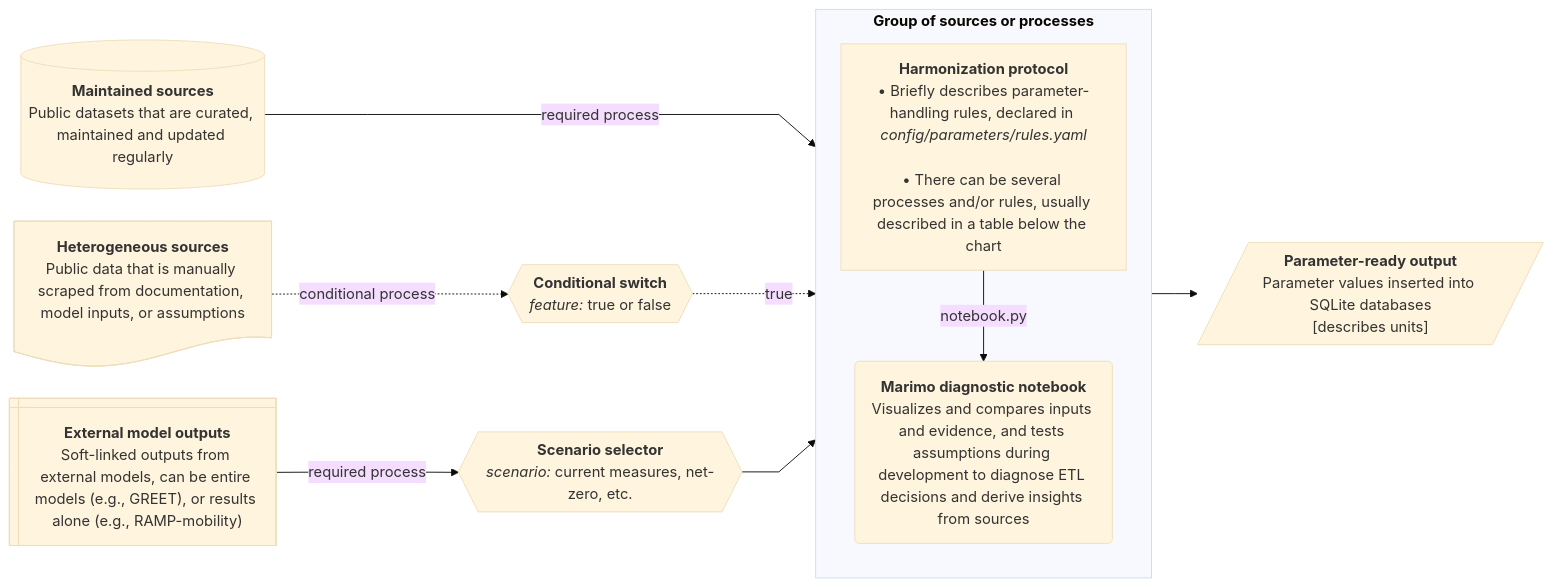
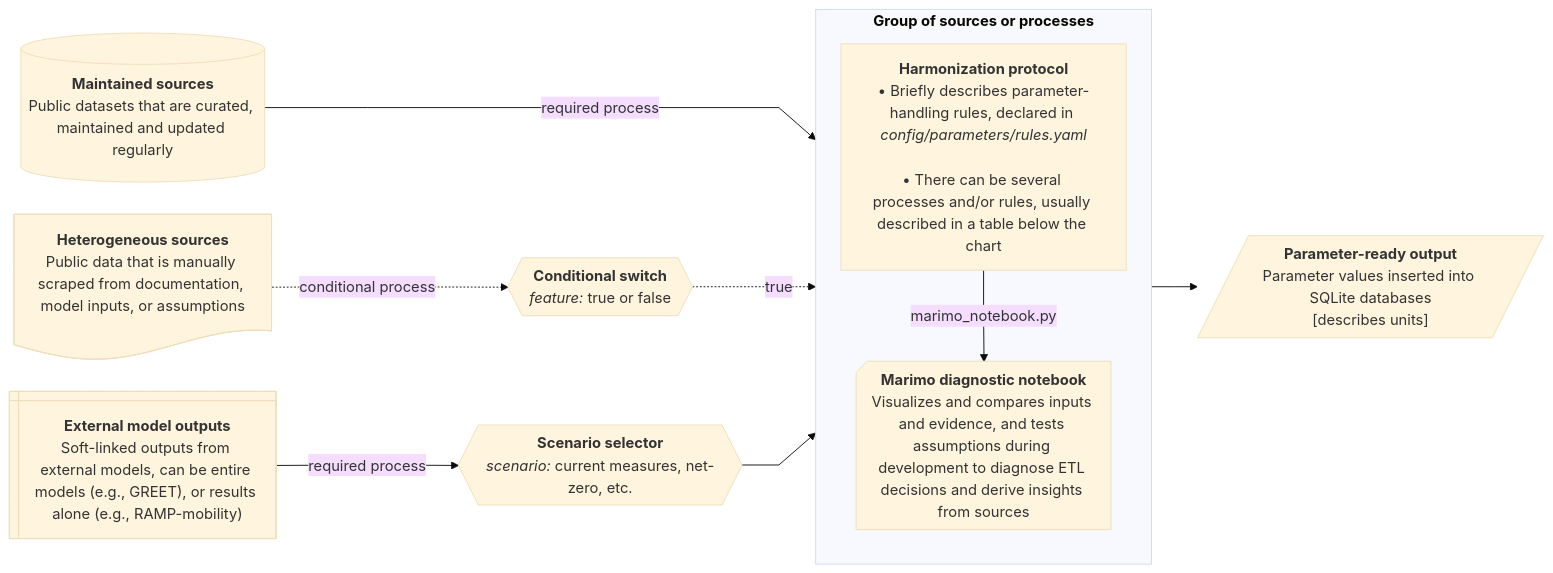
One commit to CANOE-main/canoe-transportation changed the first of 12 diagrams in docs/etl_flowcharts.md. Above: the diagram before and after it, drawn with Mermaid (base theme). The commit also changed other lines of this file and 34 other files, not shown here.

````diff
--- a/docs/etl_flowcharts.md
+++ b/docs/etl_flowcharts.md
@@ -26,42 +28,42 @@
 ```mermaid
 ---
 config:
   layout: dagre
   flowchart:
     nodeSpacing: 35
     rankSpacing: 50
     wrappingWidth: 250
     curve: linear
 ---
 flowchart LR
   %% ########### Sources ###########
   s0[("`**Maintained sources**
     Public datasets that are curated, maintained and updated regularly`")]
   s1@{shape: doc, label: "**Heterogeneous sources**
     Public data that is manually scraped from documentation, model inputs, or assumptions"}
   s2@{shape: win-pane, label: "**External model outputs**
     Soft-linked outputs from external models, can be entire models (e.g., GREET), or results alone (e.g., RAMP-mobility)" }
 
   %% ########### Processes ###########
   p0@{shape: hex, label: "**Conditional switch**
     *feature:* true or false"}
   p0_2@{shape: hex, label: "**Scenario selector**
     *scenario:* current measures, net-zero, etc."}
   subgraph process["`**Group of sources or processes**`"]
     direction TB
     p1["`**Harmonization protocol**
       • Briefly describes parameter-handling rules, declared in *config/parameters/rules.yaml*<br>
       • There can be several processes and/or rules, usually described in a table below the chart`"]
-    p2("`**Marimo diagnostic notebook**
-      Visualizes and compares inputs and evidence, and tests assumptions during development to diagnose ETL decisions and derive insights from sources`")
-    p1 -- notebook.py --> p2
+    p2@{shape: notch-rect, label: "**Marimo diagnostic notebook**
+      Visualizes and compares inputs and evidence, and tests assumptions during development to diagnose ETL decisions and derive insights from sources"}
+    p1 -- marimo_notebook.py --> p2
   end
 
   s0 -- required process ---> process
   s1 -. conditional process .-> p0 -. true .-> process
   s2 -- required process --> p0_2 --> process
 
   process --> o1[/"`**Parameter-ready output**
     Parameter values inserted into SQLite databases
     [describes units]`"/]
 ```
````
